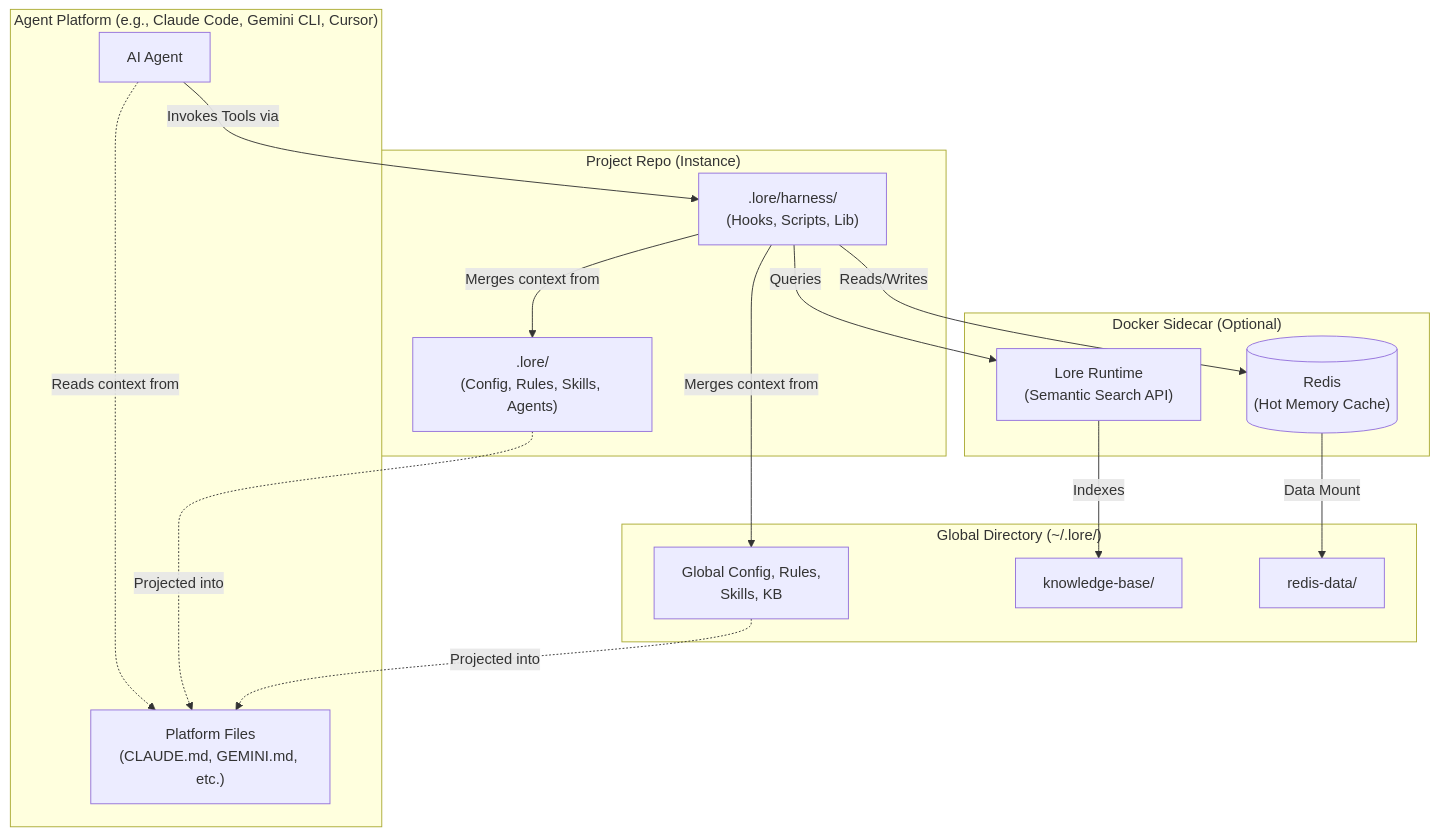
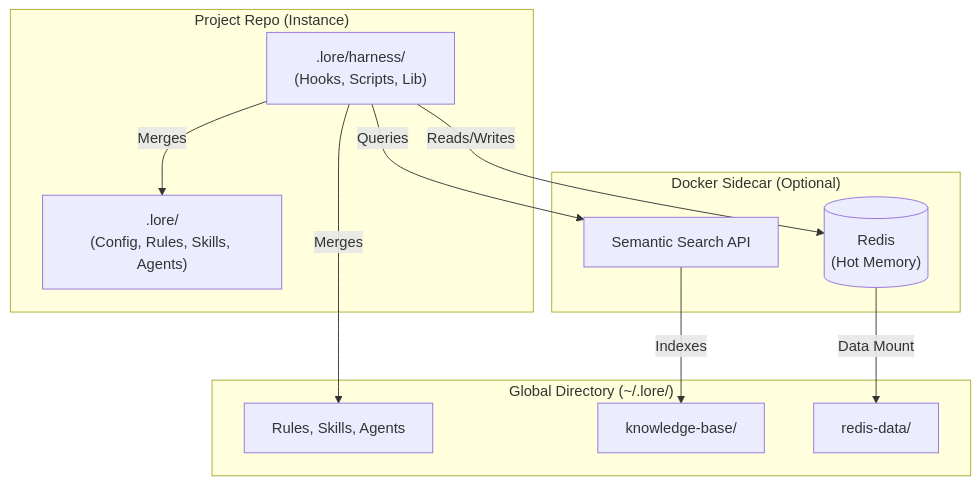
The diagram in src/content/explanation/architecture.md (lorehq/lore-docs), drawn with Mermaid before and after one commit. The commit also changed other lines of this file and 17 other files, not shown here.

First line of the commit message:
docs: full docs-code alignment sweep + tabbed platform details

````diff
--- a/src/content/explanation/architecture.md
+++ b/src/content/explanation/architecture.md
@@ -9,37 +9,26 @@
 ```mermaid
 graph TD
-    subgraph "Agent Platform (e.g., Claude Code, Gemini CLI, Cursor)"
-        Agent[AI Agent]
-        PlatformFiles["Platform Files\n(CLAUDE.md, GEMINI.md, etc.)"]
-    end
-
     subgraph "Project Repo (Instance)"
         ProjectLore[".lore/\n(Config, Rules, Skills, Agents)"]
         Harness[".lore/harness/\n(Hooks, Scripts, Lib)"]
     end
 
     subgraph "Global Directory (~/.lore/)"
-        GlobalLore["Global Config, Rules,\nSkills, KB"]
+        GlobalLore["Rules, Skills, Agents"]
         GlobalKB["knowledge-base/"]
         RedisData["redis-data/"]
     end
 
     subgraph "Docker Sidecar (Optional)"
-        SearchService["Lore Runtime\n(Semantic Search API)"]
-        RedisService[("Redis\n(Hot Memory Cache)")]
+        SearchService["Semantic Search API"]
+        RedisService[("Redis\n(Hot Memory)")]
     end
 
-    Agent -.-> |"Reads context from"| PlatformFiles
-    Agent --> |"Invokes Tools via"| Harness
-    
-    Harness --> |"Merges context from"| ProjectLore
-    Harness --> |"Merges context from"| GlobalLore
+    Harness --> |"Merges"| ProjectLore
+    Harness --> |"Merges"| GlobalLore
     Harness --> |"Queries"| SearchService
     Harness --> |"Reads/Writes"| RedisService
 
     SearchService --> |"Indexes"| GlobalKB
     RedisService --> |"Data Mount"| RedisData
-
-    ProjectLore -.-> |"Projected into"| PlatformFiles
-    GlobalLore -.-> |"Projected into"| PlatformFiles
 ```
````
